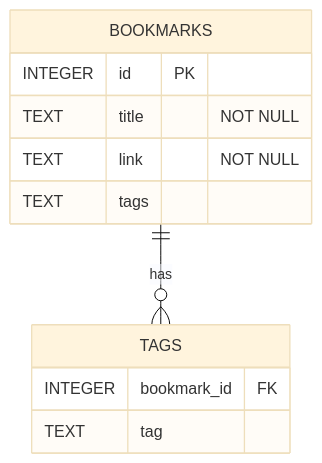
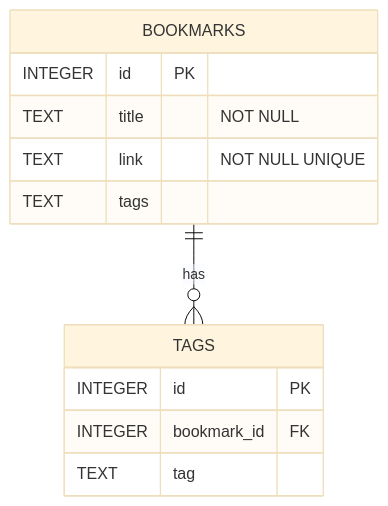
One commit to fouladi/peywand changed the second of 2 diagrams in doc/README.md. Above: the diagram before and after it, drawn with Mermaid (base theme). The commit also changed other lines of this file and 15 other files, not shown here.

````diff
--- a/doc/README.md
+++ b/doc/README.md
@@ -77,16 +83,17 @@
 ```mermaid
 erDiagram
     BOOKMARKS {
         INTEGER id PK
         TEXT title "NOT NULL"
-        TEXT link "NOT NULL"
+        TEXT link "NOT NULL UNIQUE"
         TEXT tags
     }
 
     TAGS {
+        INTEGER id PK
         INTEGER bookmark_id FK
         TEXT tag
     }
 
     BOOKMARKS ||--o{ TAGS : has
 ```
````
